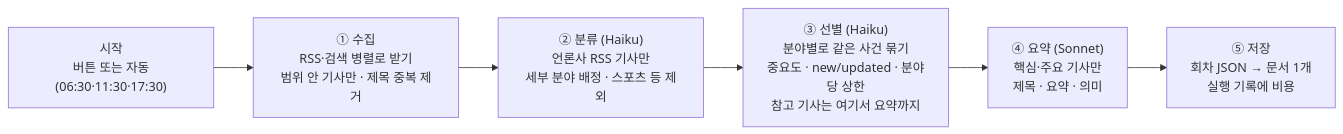
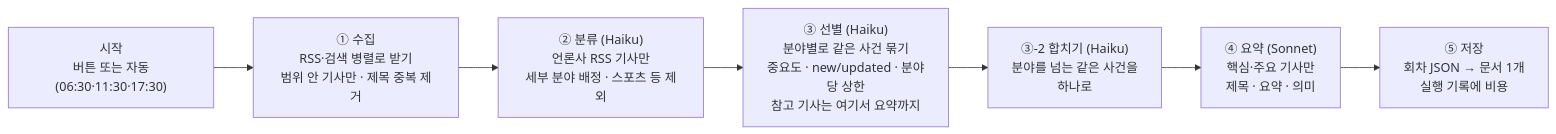
Before and after one commit to ehdwn009/docvault: the diagram in docs/design/뉴스브리핑_docvault_20261001.md, drawn with Mermaid. The commit also changed other lines of this file and 13 other files, not shown here.

First line of the commit message:
fix: 뉴스 브리핑 1순위 — 24시간 고르게 수집, 분야를 넘는 같은 사건 합치기, 오늘의 핵심 고르기(언론사 정확히 세기·세계 2건), AI 작업 메모 거르기, 회차는 맨 위에서 열기·이어 읽기, 국내/세계 전환 위치

````diff
--- a/docs/design/뉴스브리핑_docvault_20261001.md
+++ b/docs/design/뉴스브리핑_docvault_20261001.md
@@ -185,8 +186,9 @@
 ```mermaid
 flowchart LR
     A["시작<br/>버튼 또는 자동(06:30·11:30·17:30)"] --> B["① 수집<br/>RSS·검색 병렬로 받기<br/>범위 안 기사만 · 제목 중복 제거"]
     B --> C["② 분류 (Haiku)<br/>언론사 RSS 기사만<br/>세부 분야 배정 · 스포츠 등 제외"]
     C --> D["③ 선별 (Haiku)<br/>분야별로 같은 사건 묶기<br/>중요도 · new/updated · 분야당 상한<br/>참고 기사는 여기서 요약까지"]
-    D --> E["④ 요약 (Sonnet)<br/>핵심·주요 기사만<br/>제목 · 요약 · 의미"]
+    D --> D2["③-2 합치기 (Haiku)<br/>분야를 넘는 같은 사건을<br/>하나로"]
+    D2 --> E["④ 요약 (Sonnet)<br/>핵심·주요 기사만<br/>제목 · 요약 · 의미"]
     E --> F["⑤ 저장<br/>회차 JSON → 문서 1개<br/>실행 기록에 비용"]
 ```
````
